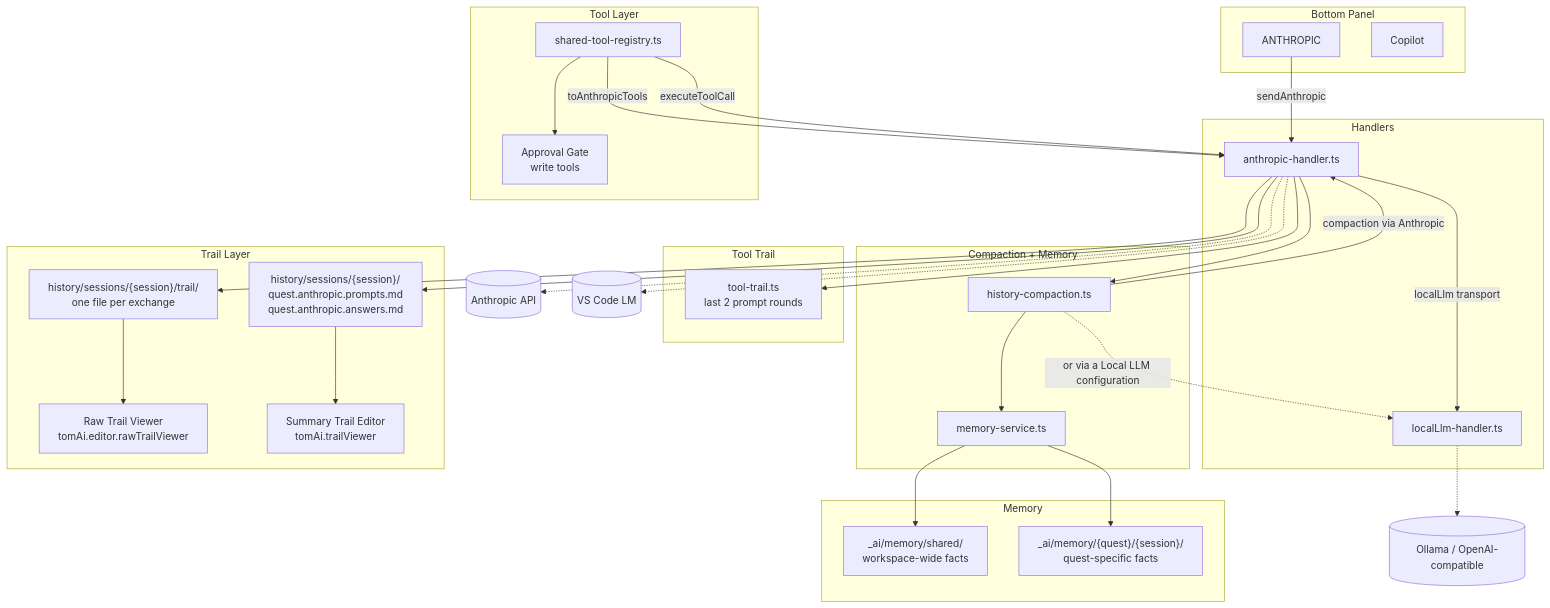
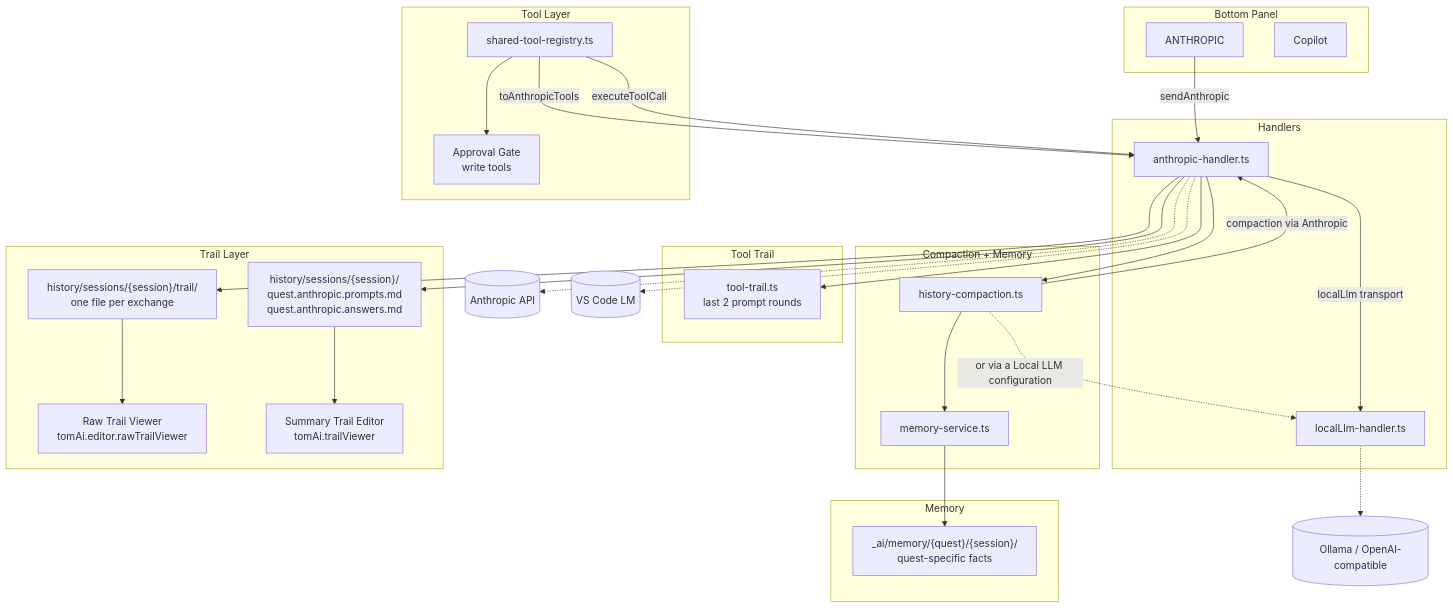
Before and after one commit to al-the-bear/tom_vscode: the second of 9 diagrams in tom_vscode_extension/doc/anthropic_sdk_integration.md, drawn with Mermaid. The commit also changed other lines of this file and 39 other files, not shown here.

First line of the commit message:
Remove the _ai/notes, clarifications and shared-memory readers

````diff
--- a/tom_vscode_extension/doc/anthropic_sdk_integration.md
+++ b/tom_vscode_extension/doc/anthropic_sdk_integration.md
@@ -64,59 +64,57 @@
 ```mermaid
 graph TD
     subgraph Panel["Bottom Panel"]
         PA[ANTHROPIC]
         PC[Copilot]
     end
 
     subgraph Handlers
         AH[anthropic-handler.ts]
         LH[localLlm-handler.ts]
     end
 
     subgraph ToolLayer["Tool Layer"]
         TR[shared-tool-registry.ts]
         TR -->|toAnthropicTools| AH
         TR -->|executeToolCall| AH
         APPR[Approval Gate\nwrite tools]
         TR --> APPR
     end
 
     subgraph CompactionLayer["Compaction + Memory"]
         HC[history-compaction.ts]
         MS[memory-service.ts]
         HC -->|compaction via Anthropic| AH
         HC -.->|or via a Local LLM configuration| LH
     end
 
     subgraph ToolTrailLayer["Tool Trail"]
         TT[tool-trail.ts\nlast 2 prompt rounds]
         AH --> TT
     end
 
     subgraph TrailLayer["Trail Layer"]
         RAWA["history/sessions/{session}/trail/\none file per exchange"]
         COMPACT["history/sessions/{session}/\nquest.anthropic.prompts.md\nquest.anthropic.answers.md"]
         RTV["Raw Trail Viewer\ntomAi.editor.rawTrailViewer"]
         STE["Summary Trail Editor\ntomAi.trailViewer"]
     end
     RAWA --> RTV
     COMPACT --> STE
 
     subgraph MemoryLayer["Memory"]
-        MEMSH["_ai/memory/shared/\nworkspace-wide facts"]
         MEMQ["_ai/memory/{quest}/{session}/\nquest-specific facts"]
     end
 
     PA -->|sendAnthropic| AH
     AH -->|localLlm transport| LH
     AH --> RAWA
     AH --> COMPACT
     AH --> HC
     HC --> MS
-    MS --> MEMSH
     MS --> MEMQ
 
     LH -.-> OLLAMA[(Ollama / OpenAI-compatible)]
     AH -.-> ANTHROPIC[(Anthropic API)]
     AH -.-> VSCODELM[(VS Code LM)]
 ```
````
